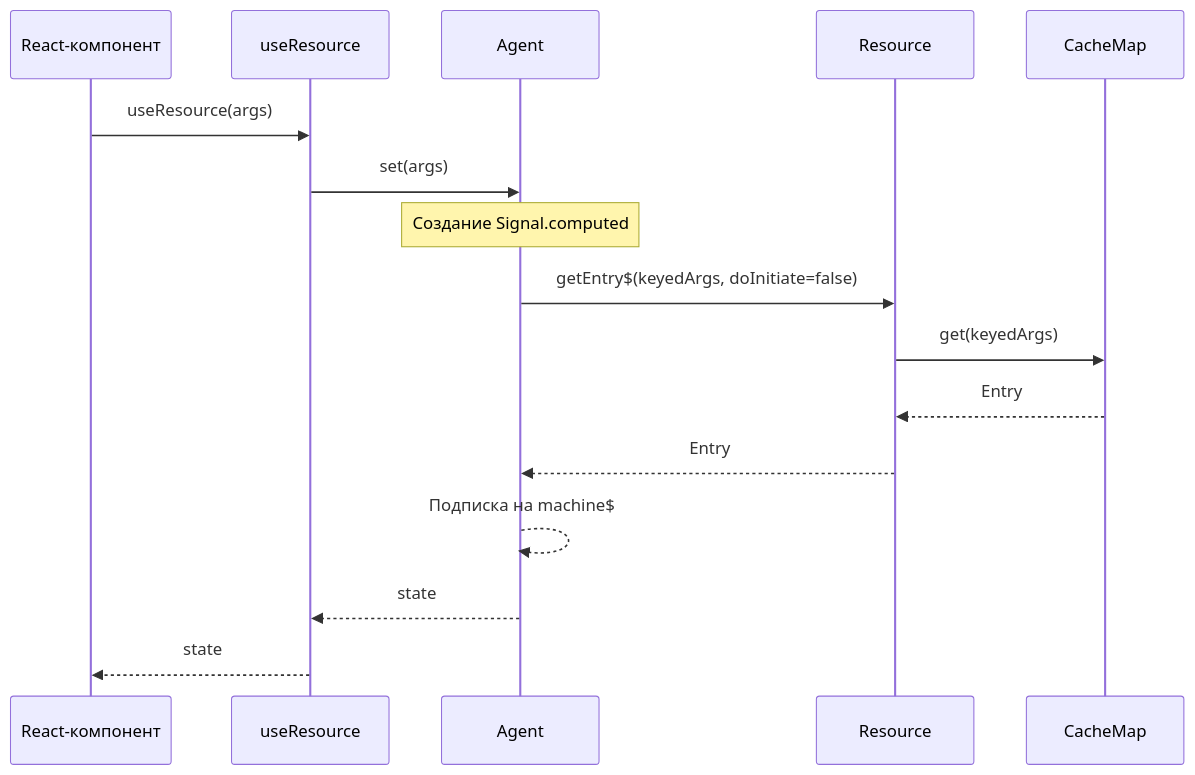
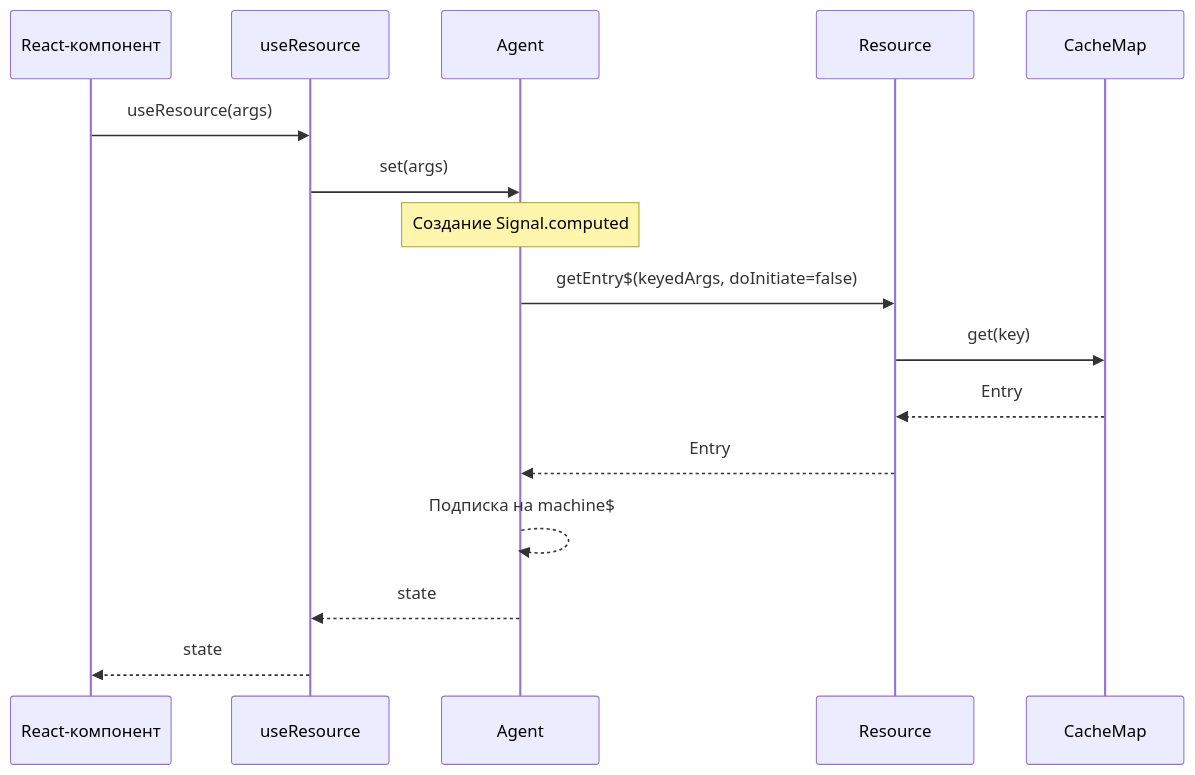
Before and after one commit to fozy-labs/rx-toolkit: the second of 10 diagrams in docs/query/concepts/dataflows.md, drawn with Mermaid. The commit also changed other lines of this file and 1 other file, not shown here.

````diff
--- a/docs/query/concepts/dataflows.md
+++ b/docs/query/concepts/dataflows.md
@@ -82,19 +82,19 @@
 ```mermaid
 sequenceDiagram
     participant UI as React-компонент
     participant Hook as useResource
     participant Agent as Agent
     participant Res as Resource
     participant Cache as CacheMap
 
     UI->>Hook: useResource(args)
     Hook->>Agent: set(args)
     Note over Agent: Создание Signal.computed
     Agent->>Res: getEntry$(keyedArgs, doInitiate=false)
-    Res->>Cache: get(keyedArgs)
+    Res->>Cache: get(key)
     Cache-->>Res: Entry
     Res-->>Agent: Entry
     Agent-->>Agent: Подписка на machine$
     Agent-->>Hook: state
     Hook-->>UI: state
 ```
````
